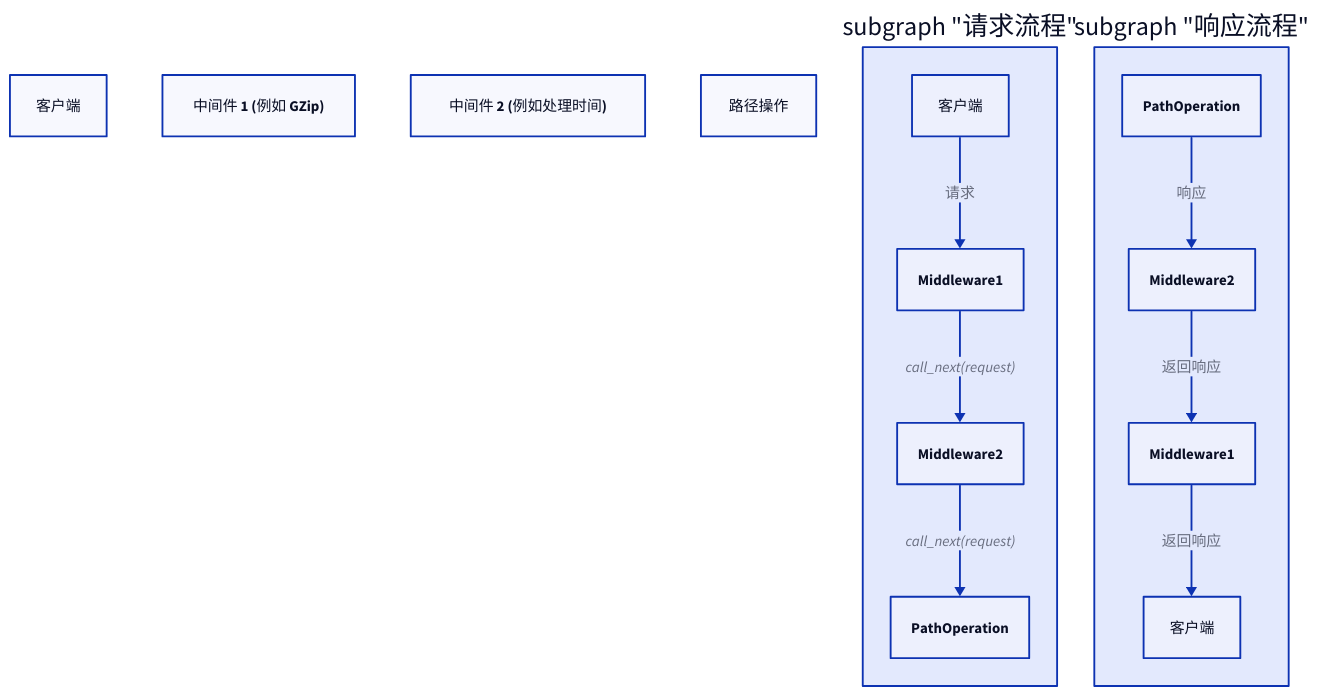
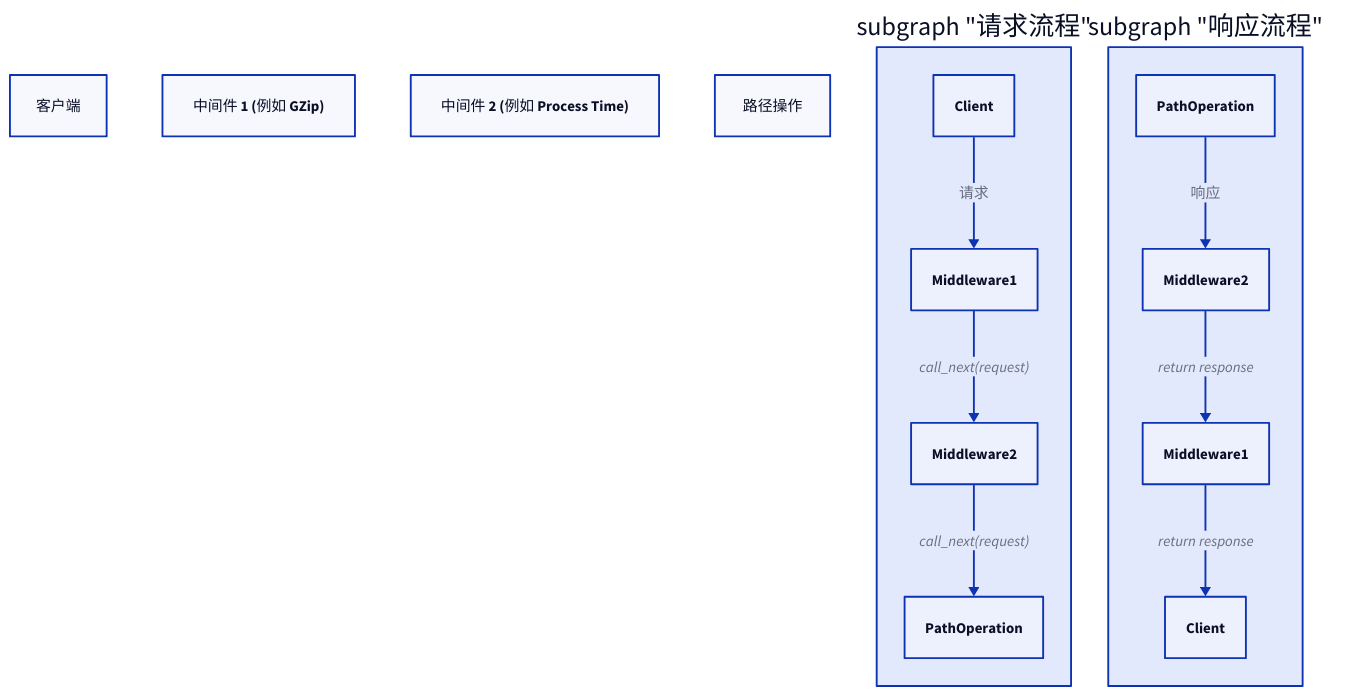
The diagram in .aigne/doc-smith/docs/advanced-middleware.zh.md (lban2049/fastapi), drawn with D2 before and after one commit. The commit also changed other lines of this file and 3 other files, not shown here.

````diff
--- a/.aigne/doc-smith/docs/advanced-middleware.zh.md
+++ b/.aigne/doc-smith/docs/advanced-middleware.zh.md
@@ -42,22 +42,22 @@
 ```d2
 direction: down
 
-客户端
+Client: "客户端"
 Middleware1: "中间件 1 (例如 GZip)"
-Middleware2: "中间件 2 (例如处理时间)"
+Middleware2: "中间件 2 (例如 Process Time)"
 PathOperation: "路径操作"
 
 subgraph "请求流程" {
   direction: down
-  客户端 -> Middleware1: "请求"
+  Client -> Middleware1: "请求"
   Middleware1 -> Middleware2: "call_next(request)"
   Middleware2 -> PathOperation: "call_next(request)"
 }
 
 subgraph "响应流程" {
   direction: up
   PathOperation -> Middleware2: "响应"
-  Middleware2 -> Middleware1: "返回响应"
-  Middleware1 -> 客户端: "返回响应"
+  Middleware2 -> Middleware1: "return response"
+  Middleware1 -> Client: "return response"
 }
 ```
````
